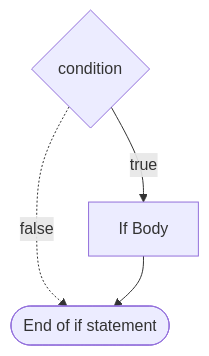
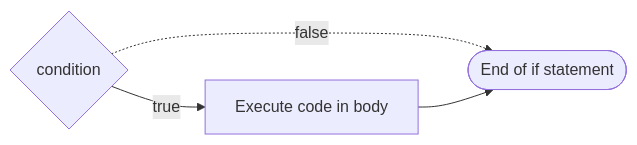
Before and after one commit to CodeYourFuture/curriculum: the third of 5 diagrams in content/js1/sprints/3/prep/index.md, drawn with Mermaid. The commit also changed other lines of this file, not shown here.

````diff
--- a/content/js1/sprints/3/prep/index.md
+++ b/content/js1/sprints/3/prep/index.md
@@ -331,11 +366,10 @@
 ```mermaid
 
-flowchart TD
+flowchart LR
     IC{condition}
-    IB[If Body]
+    IB[Execute code in body]
     EXIT([End of if statement])
     IC --> |true| IB
     IC -.-> |false| EXIT
     IB --> EXIT
-
 ```
````
